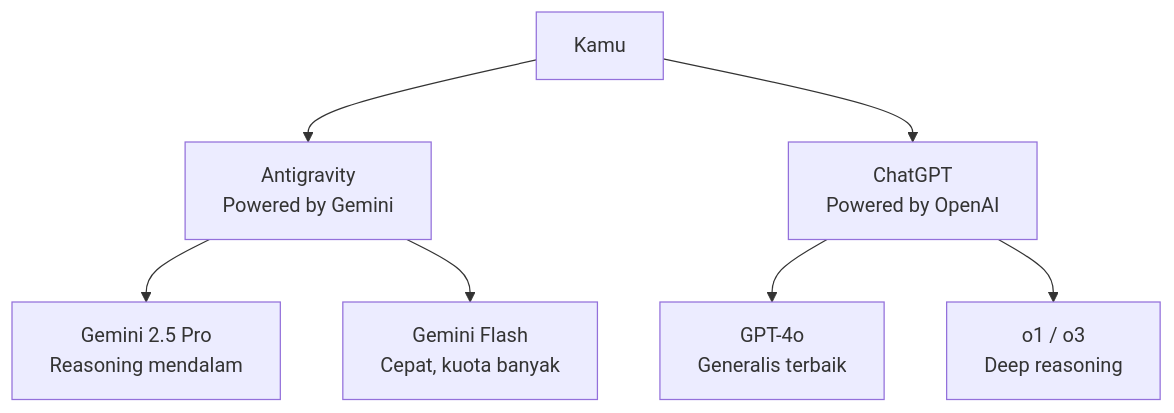
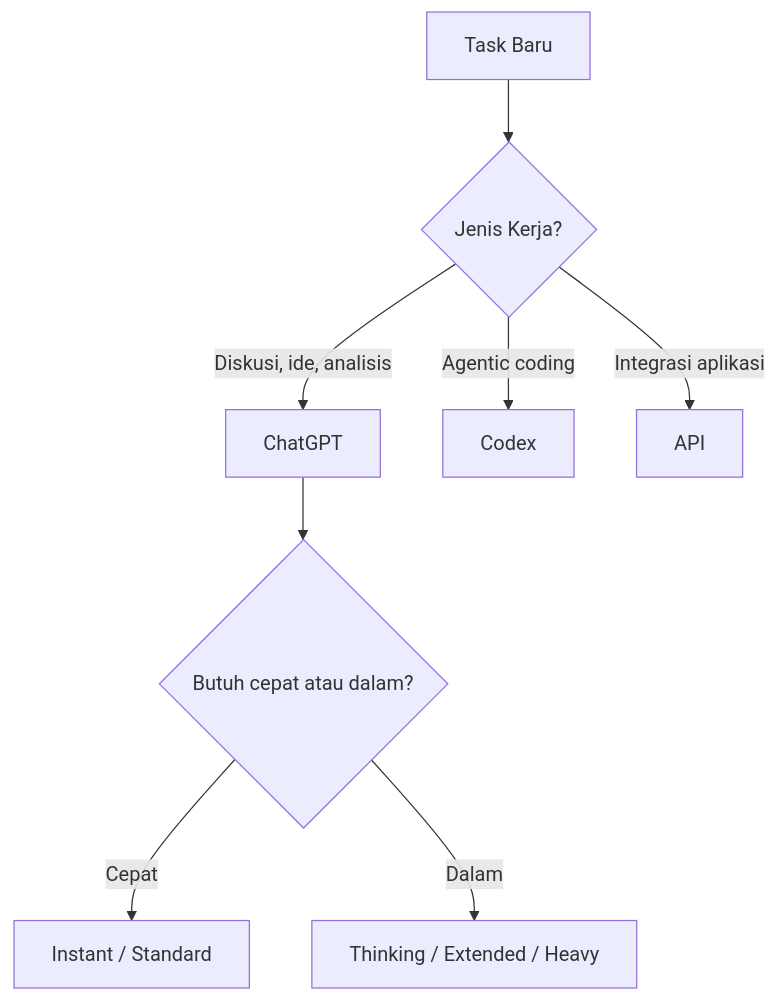
Before and after one commit to syahputrawork98-sketch/Cursor-SOP: the diagram in RAK-09-AI-Arsenal/README.md, drawn with Mermaid. The commit also changed other lines of this file and 11 other files, not shown here.

Commit message:
SR-03-ChatGPT-Models-and-Usage

````diff
--- a/RAK-09-AI-Arsenal/README.md
+++ b/RAK-09-AI-Arsenal/README.md
@@ -19,9 +30,10 @@
 ```mermaid
 graph TD
-    A[Kamu] --> B[Antigravity\nPowered by Gemini]
-    A --> C[ChatGPT\nPowered by OpenAI]
-    B --> D[Gemini 2.5 Pro\nReasoning mendalam]
-    B --> E[Gemini Flash\nCepat, kuota banyak]
-    C --> F[GPT-4o\nGeneralis terbaik]
-    C --> G[o1 / o3\nDeep reasoning]
+    A[Task Baru] --> B{Jenis Kerja?}
+    B -->|Diskusi, ide, analisis| C[ChatGPT]
+    B -->|Agentic coding| D[Codex]
+    B -->|Integrasi aplikasi| E[API]
+    C --> F{Butuh cepat atau dalam?}
+    F -->|Cepat| G[Instant / Standard]
+    F -->|Dalam| H[Thinking / Extended / Heavy]
 ```
````
